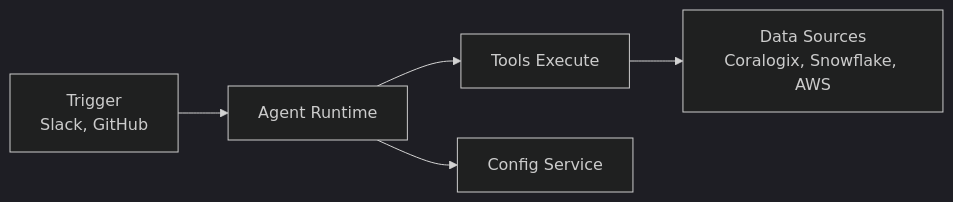
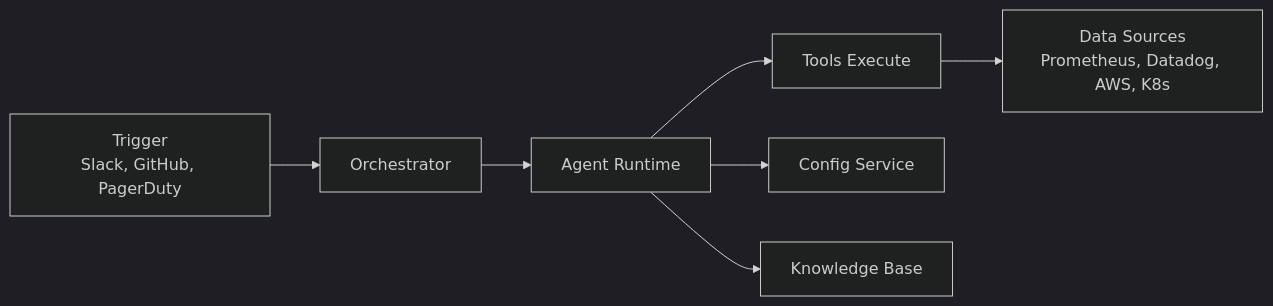
The fifth of 6 diagrams in how-it-works.mdx (incidentfox/docs), drawn with Mermaid (dark theme) before and after one commit. The commit also changed other lines of this file and 16 other files, not shown here.

Commit message:
docs: update for 300+ tools, dual-agent architecture, RAPTOR KB

````diff
--- a/how-it-works.mdx
+++ b/how-it-works.mdx
@@ -170,7 +317,9 @@
 ```mermaid
 graph LR
-    A[Trigger<br/>Slack, GitHub] --> B[Agent Runtime]
-    B --> C[Tools Execute]
-    B --> D[Config Service]
-    C --> E[Data Sources<br/>Coralogix, Snowflake, AWS]
+    A[Trigger<br/>Slack, GitHub, PagerDuty] --> B[Orchestrator]
+    B --> C[Agent Runtime]
+    C --> D[Tools Execute]
+    C --> E[Config Service]
+    C --> F[Knowledge Base]
+    D --> G[Data Sources<br/>Prometheus, Datadog, AWS, K8s]
 ```
````
